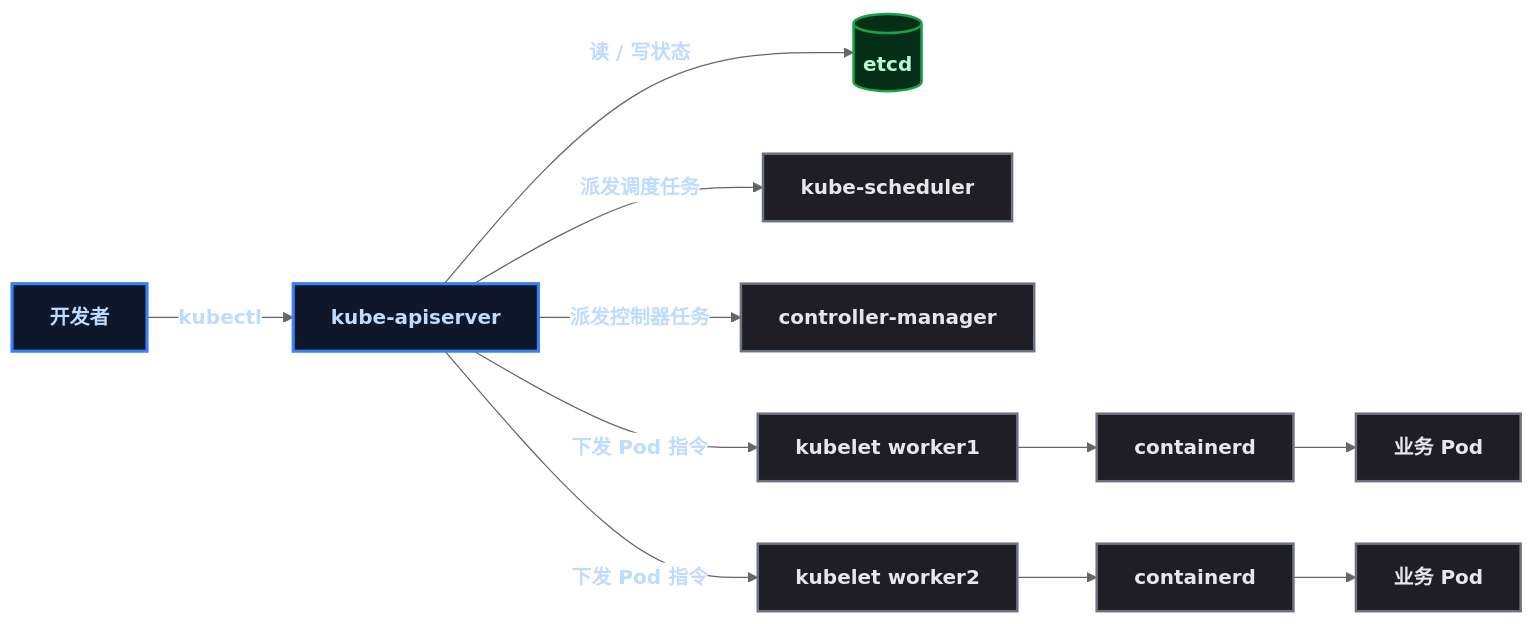
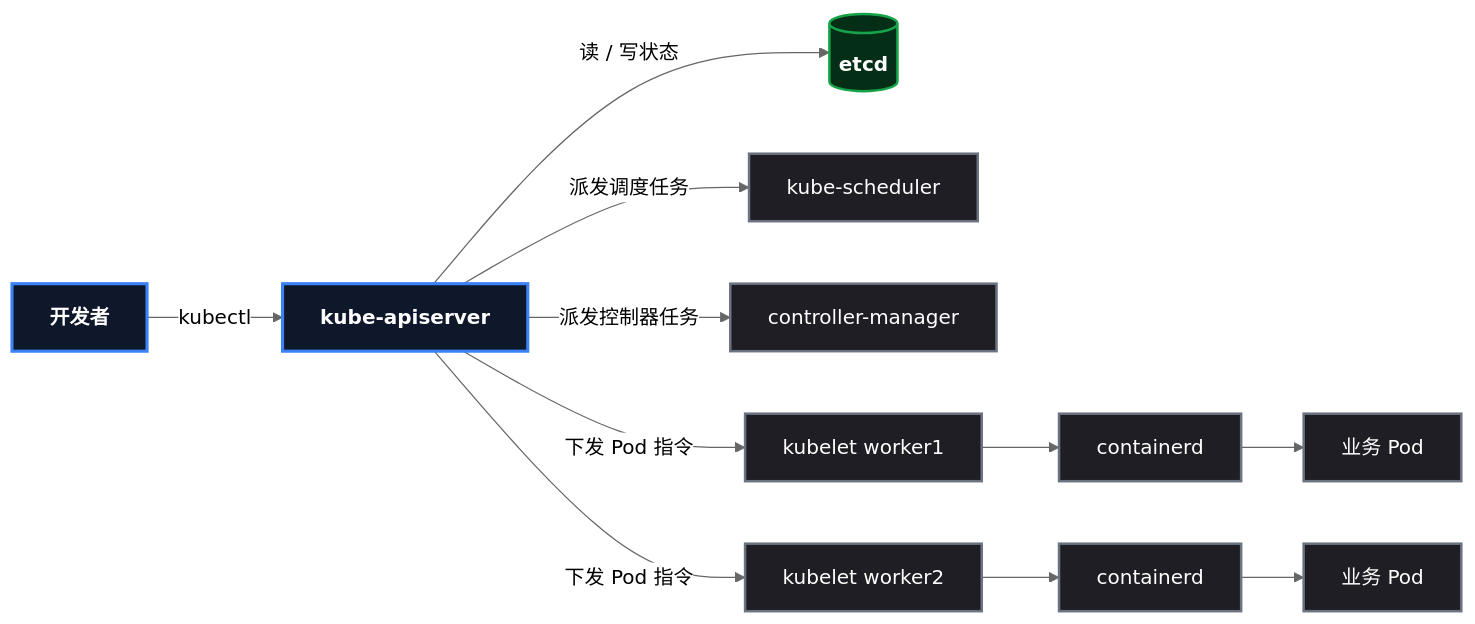
The fifth of 6 diagrams in content/posts/kubernetes/KindLocalK8sClusterSetup.md (yaocat55/yaocat55.github.io), drawn with Mermaid (neutral theme) before and after one commit. The commit also changed other lines of this file and 27 other files, not shown here.

Commit message:
docs: 全系列 93 张 Mermaid 图 classDef 改为 style 强制深底白字(修复部分渲染器白底浅字)+历史文件格式清理

````diff
--- a/content/posts/kubernetes/KindLocalK8sClusterSetup.md
+++ b/content/posts/kubernetes/KindLocalK8sClusterSetup.md
@@ -442,17 +460,22 @@
 ```mermaid
 flowchart LR
     U["开发者"] -->|"kubectl"| API["kube-apiserver"]
     API -->|"读 / 写状态"| E[(etcd)]
     API -->|"派发调度任务"| S["kube-scheduler"]
     API -->|"派发控制器任务"| M["controller-manager"]
     API -->|"下发 Pod 指令"| K1["kubelet worker1"]
     API -->|"下发 Pod 指令"| K2["kubelet worker2"]
     K1 --> C1["containerd"] --> P1["业务 Pod"]
     K2 --> C2["containerd"] --> P2["业务 Pod"]
-    classDef root fill:#0f172a,stroke:#3b82f6,stroke-width:2.5px,color:#bfdbfe,font-weight:bold;
-    classDef data fill:#052e16,stroke:#16a34a,stroke-width:2px,color:#bbf7d0,font-weight:bold;
-    classDef process fill:#1e1e24,stroke:#6b7280,stroke-width:2px,color:#e5e7eb;
-    class U,API root;
-    class E data;
-    class S,M,K1,K2,C1,C2,P1,P2 process;
+    style U fill:#0f172a,stroke:#3b82f6,stroke-width:2.5px,color:#ffffff,font-weight:bold
+    style API fill:#0f172a,stroke:#3b82f6,stroke-width:2.5px,color:#ffffff,font-weight:bold
+    style E fill:#052e16,stroke:#16a34a,stroke-width:2px,color:#ffffff,font-weight:bold
+    style S fill:#1e1e24,stroke:#6b7280,stroke-width:2px,color:#ffffff
+    style M fill:#1e1e24,stroke:#6b7280,stroke-width:2px,color:#ffffff
+    style K1 fill:#1e1e24,stroke:#6b7280,stroke-width:2px,color:#ffffff
+    style K2 fill:#1e1e24,stroke:#6b7280,stroke-width:2px,color:#ffffff
+    style C1 fill:#1e1e24,stroke:#6b7280,stroke-width:2px,color:#ffffff
+    style C2 fill:#1e1e24,stroke:#6b7280,stroke-width:2px,color:#ffffff
+    style P1 fill:#1e1e24,stroke:#6b7280,stroke-width:2px,color:#ffffff
+    style P2 fill:#1e1e24,stroke:#6b7280,stroke-width:2px,color:#ffffff
 ```
````
